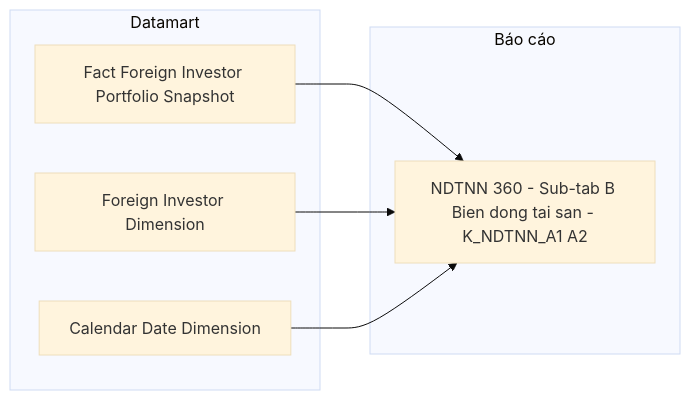
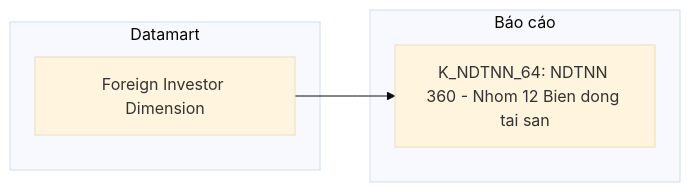
One commit to linhlvit/ubck_atomic_design changed diagram 19 of 26 in Datamart/hld/DTM_NDTNN_HLD.md. Above: the diagram before and after it, drawn with Mermaid (base theme). The commit also changed other lines of this file and 62 other files, not shown here.

````diff
--- a/Datamart/hld/DTM_NDTNN_HLD.md
+++ b/Datamart/hld/DTM_NDTNN_HLD.md
@@ -975,14 +945,10 @@
 ```mermaid
 flowchart LR
     subgraph Datamart["Datamart"]
-        G1["Fact Foreign Investor Portfolio Snapshot"]
-        G2["Foreign Investor Dimension"]
-        G3["Calendar Date Dimension"]
+        G1["Foreign Investor Dimension"]
     end
     subgraph RPT["Báo cáo"]
-        R1["NDTNN 360 - Sub-tab B Bien dong tai san - K_NDTNN_A1 A2"]
+        R1["K_NDTNN_64: NDTNN 360 - Nhom 12 Bien dong tai san"]
     end
     G1 --> R1
-    G2 --> R1
-    G3 --> R1
 ```
````
